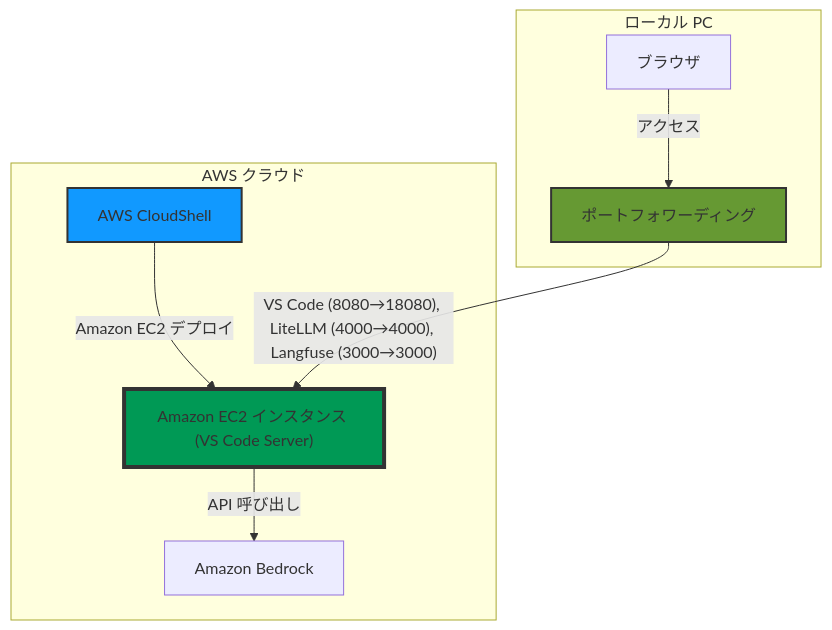
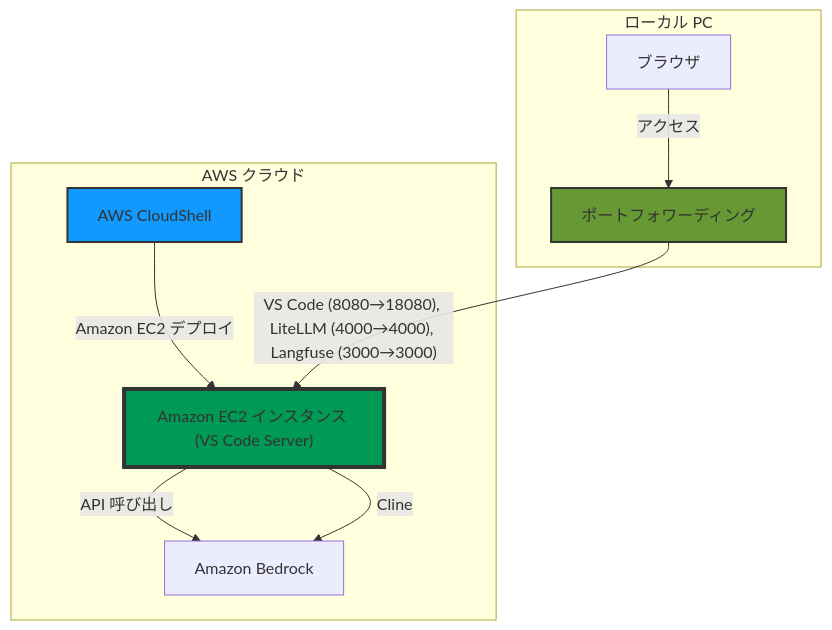
The second of 2 diagrams in workshops/ai-coding-workshop/cline/manuals/ws-ec2.md (littlemex/aws-samples), drawn with Mermaid before and after one commit. The commit also changed other lines of this file and 8 other files, not shown here.

````diff
--- a/workshops/ai-coding-workshop/cline/manuals/ws-ec2.md
+++ b/workshops/ai-coding-workshop/cline/manuals/ws-ec2.md
@@ -59,23 +61,24 @@
 ```mermaid
 flowchart TD
     subgraph "AWS クラウド"
         CloudShell["AWS CloudShell"]
         EC2["Amazon EC2 インスタンス (VS Code Server)"]
         Bedrock["Amazon Bedrock"]
         
         CloudShell -->|Amazon EC2 デプロイ| EC2
         EC2 -->|API 呼び出し| Bedrock
+        EC2 -->|Cline| Bedrock
     end
     
     subgraph "ローカル PC"
         Browser["ブラウザ"]
         Terminal["ポートフォワーディング"]
         
         Terminal -->|"VS Code (8080→18080), LiteLLM (4000→4000), Langfuse (3000→3000)"| EC2
         Browser -->|"アクセス"| Terminal
     end
     
     style CloudShell fill:#19f,stroke:#333,stroke-width:2px
     style EC2 fill:#095,stroke:#333,stroke-width:4px
     style Terminal fill:#693,stroke:#333,stroke-width:2px
 ```
````
